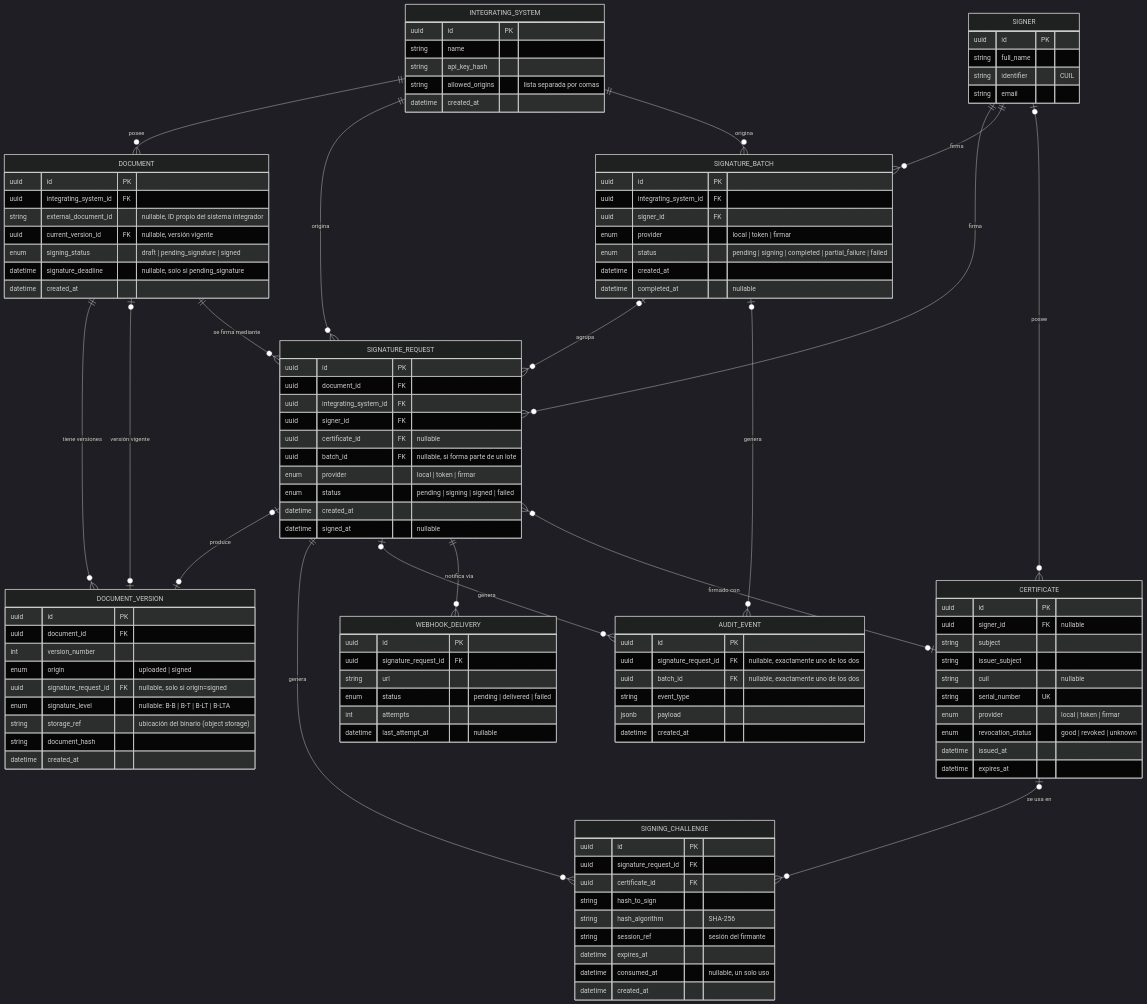
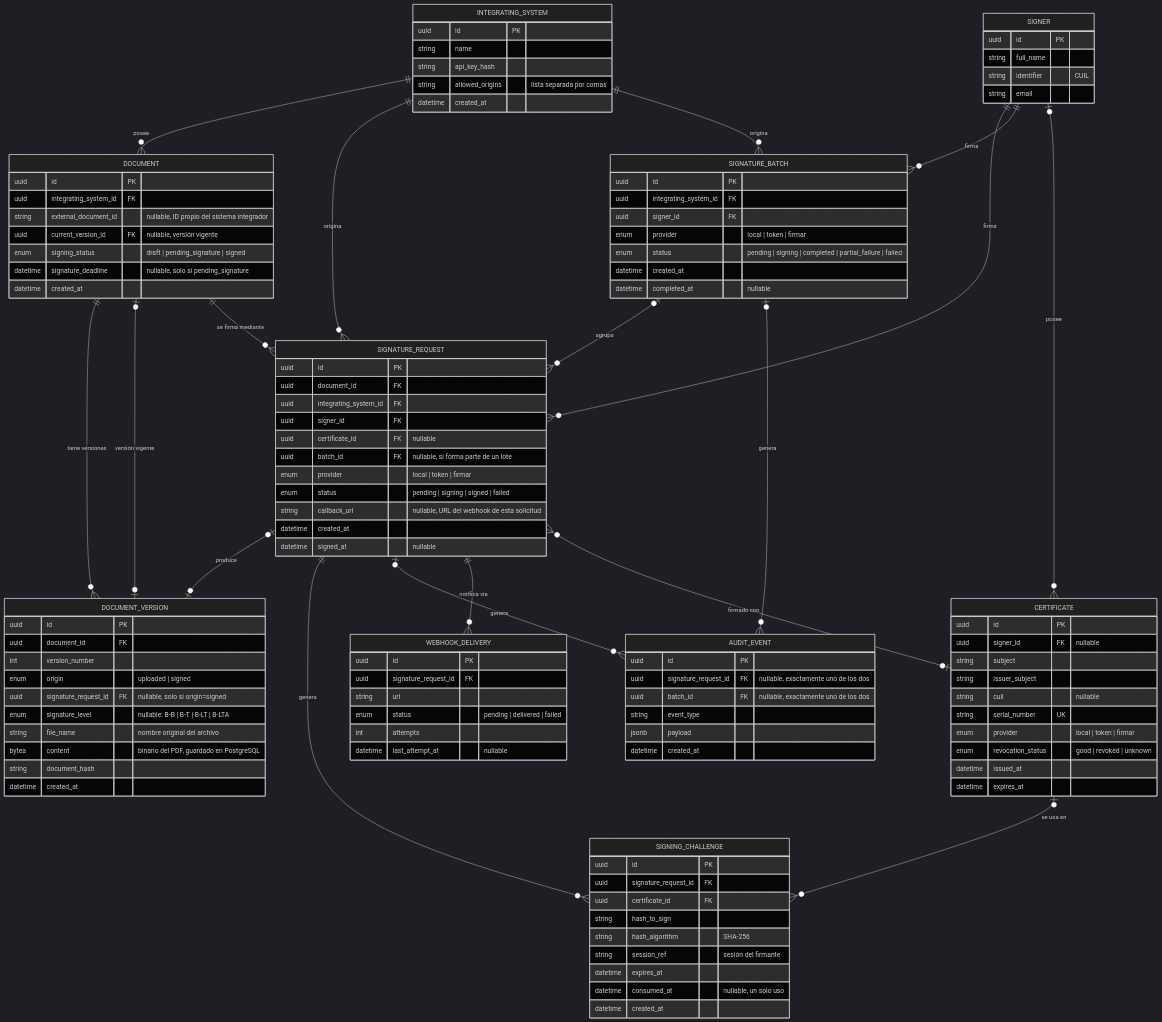
The third of 3 diagrams in readme.md (LIDR-academy-temp/AI4Devs-finalproject), drawn with Mermaid (dark theme) before and after one commit. The commit also changed other lines of this file and 3 other files, not shown here.

```diff
--- a/readme.md
+++ b/readme.md
@@ -337,7 +354,8 @@
         enum origin "uploaded | signed"
         uuid signature_request_id FK "nullable, solo si origin=signed"
         enum signature_level "nullable: B-B | B-T | B-LT | B-LTA"
-        string storage_ref "ubicación del binario (object storage)"
+        string file_name "nombre original del archivo"
+        bytea content "binario del PDF, guardado en PostgreSQL"
         string document_hash
         datetime created_at
     }
@@ -351,6 +369,7 @@
         uuid batch_id FK "nullable, si forma parte de un lote"
         enum provider "local | token | firmar"
         enum status "pending | signing | signed | failed"
+        string callback_url "nullable, URL del webhook de esta solicitud"
         datetime created_at
         datetime signed_at "nullable"
     }
```
